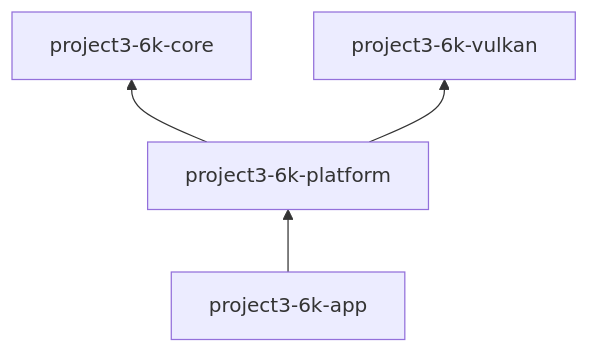
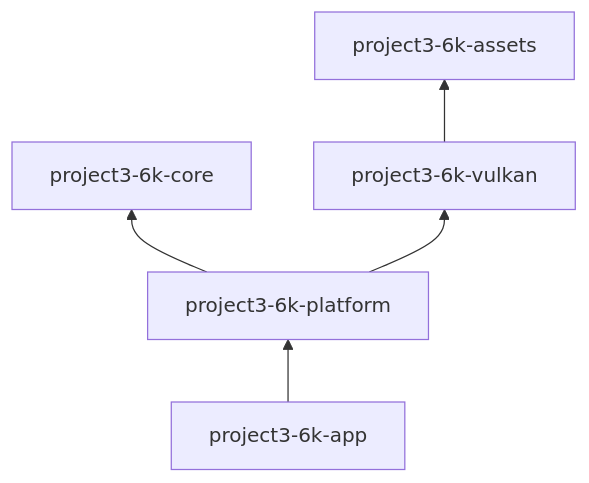
The diagram in docs/architecture/module-dependencies.md (LarpingAgent/Project3.6k), drawn with Mermaid before and after one commit. The commit also changed other lines of this file and 15 other files, not shown here.

````diff
--- a/docs/architecture/module-dependencies.md
+++ b/docs/architecture/module-dependencies.md
@@ -12,10 +13,12 @@
 ```mermaid
 flowchart BT
   core[project3-6k-core]
+  assets[project3-6k-assets]
   vulkan[project3-6k-vulkan]
   platform[project3-6k-platform]
   app[project3-6k-app]
   platform --> core
   platform --> vulkan
+  vulkan --> assets
   app --> platform
 ```
````
